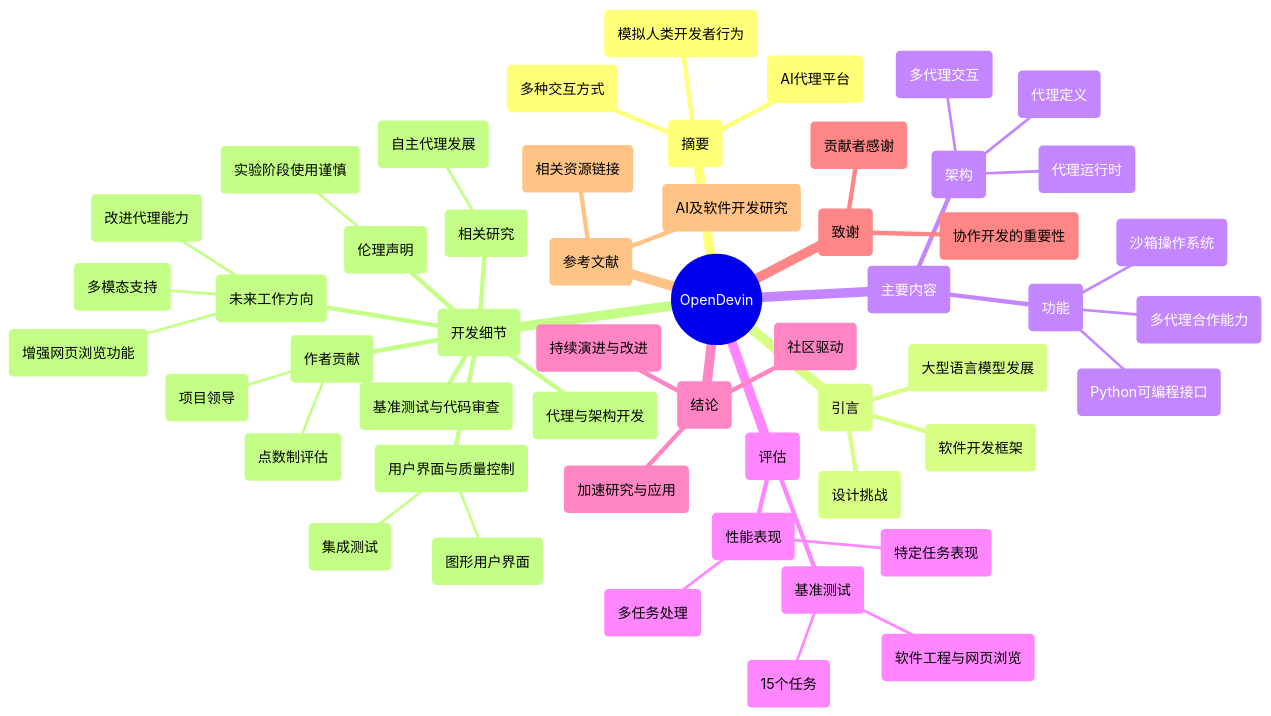
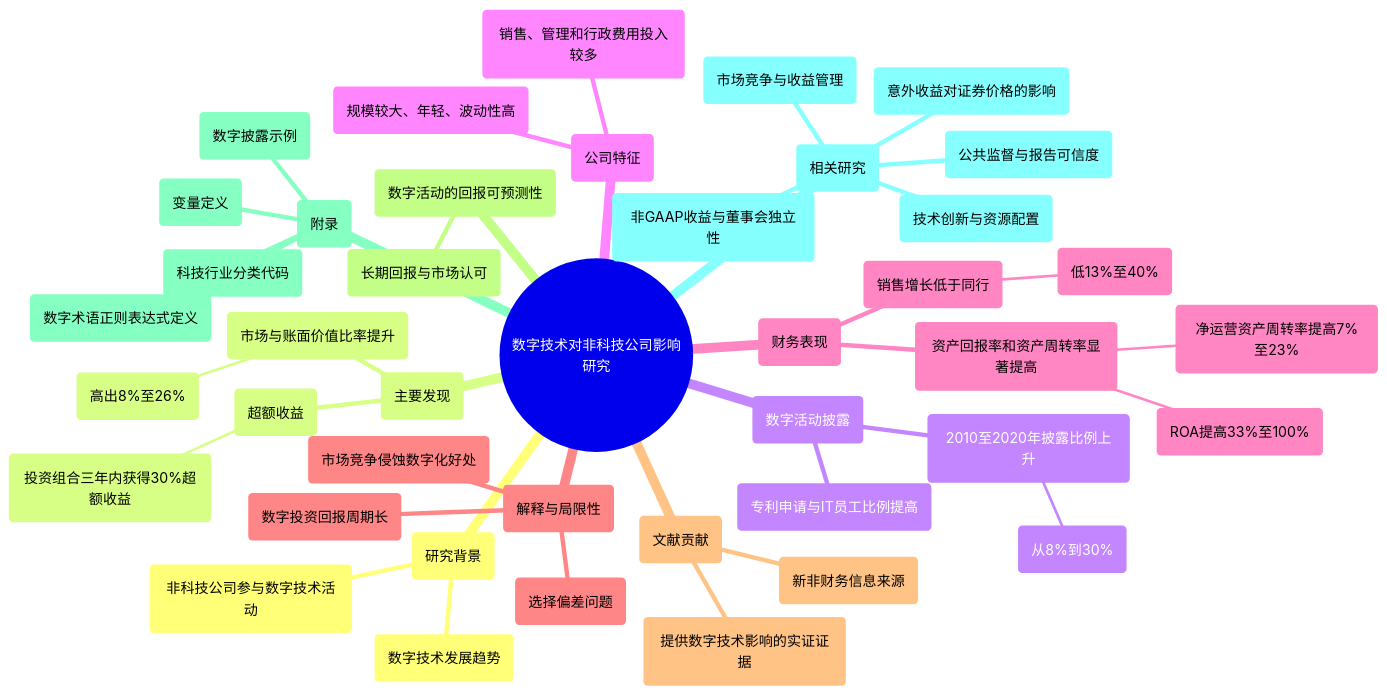
Diagram 17 of 44 in AI技术类文章.md (Fabreque/charles), drawn with Mermaid before and after one commit. The commit also changed other lines of this file and 6 other files, not shown here.

````diff
--- a/AI技术类文章.md
+++ b/AI技术类文章.md
@@ -840,55 +1775,45 @@
 ```mermaid
 mindmap
-  root((OpenDevin))
-    ("摘要")
-      ("AI代理平台")
-      ("模拟人类开发者行为")
-      ("多种交互方式")
-    ("引言")
-      ("大型语言模型发展")
-      ("软件开发框架")
-      ("设计挑战")
-    ("主要内容")
-      ("架构")
-        ("代理定义")
-        ("代理运行时")
-        ("多代理交互")
-      ("功能")
-        ("沙箱操作系统")
-        ("Python可编程接口")
-        ("多代理合作能力")
-    ("评估")
-      ("基准测试")
-        ("15个任务")
-        ("软件工程与网页浏览")
-      ("性能表现")
-        ("特定任务表现")
-        ("多任务处理")
-    ("结论")
-      ("社区驱动")
-      ("加速研究与应用")
-      ("持续演进与改进")
-    ("致谢")
-      ("贡献者感谢")
-      ("协作开发的重要性")
-    ("参考文献")
-      ("AI及软件开发研究")
-      ("相关资源链接")
-    ("开发细节")
-      ("作者贡献")
-        ("点数制评估")
-        ("项目领导")
-      ("代理与架构开发")
-      ("基准测试与代码审查")
-      ("未来工作方向")
-        ("多模态支持")
-        ("改进代理能力")
-        ("增强网页浏览功能")
-      ("伦理声明")
-        ("实验阶段使用谨慎")
-      ("相关研究")
-        ("自主代理发展")
-      ("用户界面与质量控制")
-        ("图形用户界面")
-        ("集成测试")
+  root((数字技术对非科技公司影响研究))
+    ("研究背景")
+      ("非科技公司参与数字技术活动")
+      ("数字技术发展趋势")
+    ("主要发现")
+      ("市场与账面价值比率提升")
+        ("高出8%至26%")
+      ("超额收益")
+        ("投资组合三年内获得30%超额收益")
+    ("数字活动披露")
+      ("2010至2020年披露比例上升")
+        ("从8%到30%")
+      ("专利申请与IT员工比例提高")
+    ("公司特征")
+      ("规模较大、年轻、波动性高")
+      ("销售、管理和行政费用投入较多")
+    ("财务表现")
+      ("资产回报率和资产周转率显著提高")
+        ("ROA提高33%至100%")
+        ("净运营资产周转率提高7%至23%")
+      ("销售增长低于同行")
+        ("低13%至40%")
+    ("解释与局限性")
+      ("数字投资回报周期长")
+      ("市场竞争侵蚀数字化好处")
+      ("选择偏差问题")
+    ("文献贡献")
+      ("提供数字技术影响的实证证据")
+      ("新非财务信息来源")
+    ("数字活动的回报可预测性")
+      ("长期回报与市场认可")
+    ("附录")
+      ("数字术语正则表达式定义")
+      ("科技行业分类代码")
+      ("变量定义")
+      ("数字披露示例")
+    ("相关研究")
+      ("非GAAP收益与董事会独立性")
+      ("意外收益对证券价格的影响")
+      ("公共监督与报告可信度")
+      ("市场竞争与收益管理")
+      ("技术创新与资源配置")
 ```
````
